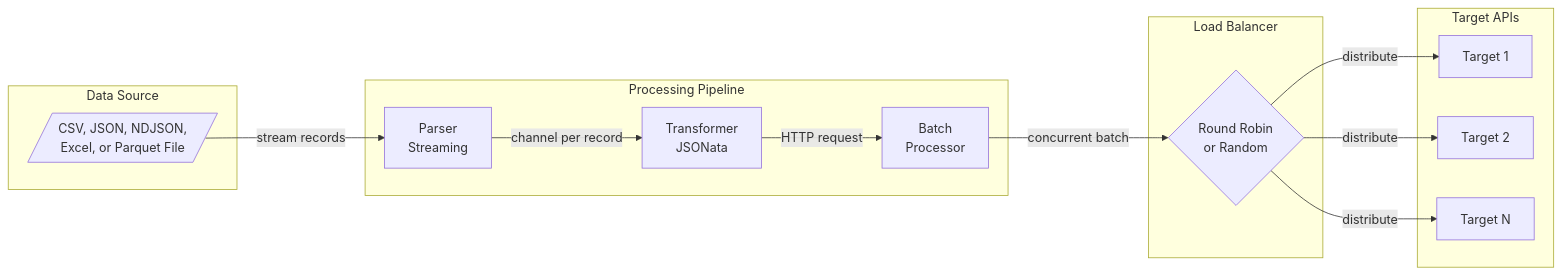
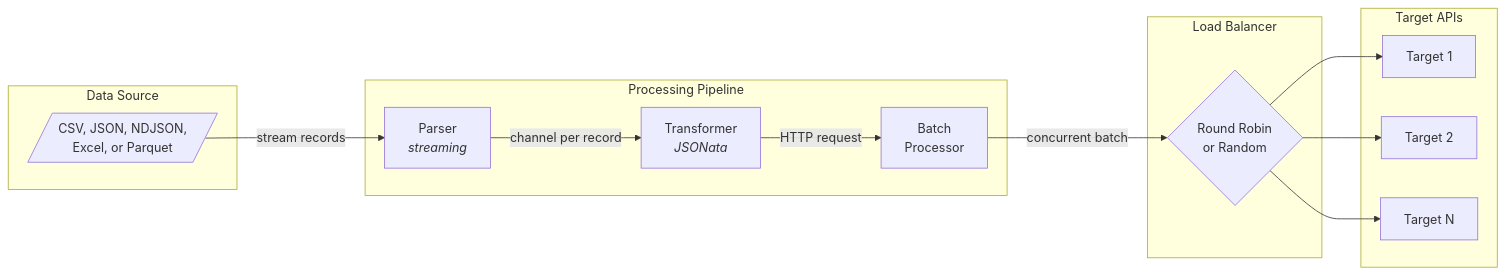
One commit to Dhi13man/bombardment-runner changed the first of 2 diagrams in README.md. Above: the diagram before and after it, drawn with Mermaid. The commit also changed other lines of this file and 4 other files, not shown here.

````diff
--- a/README.md
+++ b/README.md
@@ -63,30 +77,30 @@
 ```mermaid
 flowchart LR
     subgraph Input[Data Source]
-        File[/CSV, JSON, NDJSON,<br>Excel, or Parquet File/]
+        File[/CSV, JSON, NDJSON,<br>Excel, or Parquet/]
     end
 
     subgraph Pipeline[Processing Pipeline]
-        Parser[Parser<br>Streaming]
-        Transformer[Transformer<br>JSONata]
+        Parser[Parser<br><i>streaming</i>]
+        Transformer[Transformer<br><i>JSONata</i>]
         Batcher[Batch<br>Processor]
     end
 
     subgraph LB[Load Balancer]
         Strategy{Round Robin<br>or Random}
     end
 
     subgraph Targets[Target APIs]
         T1[Target 1]
         T2[Target 2]
         TN[Target N]
     end
 
-    File -->|"stream records"| Parser
-    Parser -->|"channel per record"| Transformer
-    Transformer -->|"HTTP request"| Batcher
-    Batcher -->|"concurrent batch"| Strategy
-    Strategy -->|"distribute"| T1
-    Strategy -->|"distribute"| T2
-    Strategy -->|"distribute"| TN
+    File -->|stream records| Parser
+    Parser -->|channel per record| Transformer
+    Transformer -->|HTTP request| Batcher
+    Batcher -->|concurrent batch| Strategy
+    Strategy --> T1
+    Strategy --> T2
+    Strategy --> TN
 ```
````
